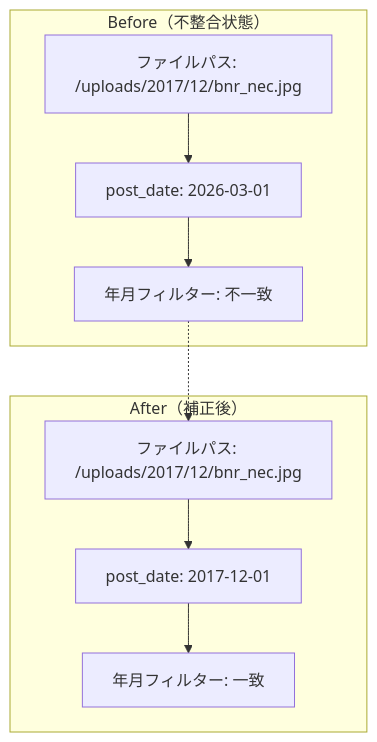
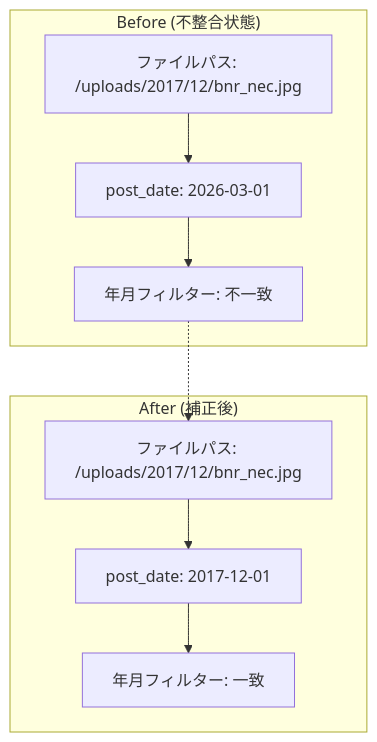
Before and after one commit to stein2nd/s2j-media-library-date-corrector: the first of 2 diagrams in docs/concept.md, drawn with Mermaid. The commit also changed other lines of this file, not shown here.

````diff
--- a/docs/concept.md
+++ b/docs/concept.md
@@ -78,19 +78,19 @@
 ```mermaid
 flowchart
 
-subgraph Before["Before（不整合状態）"]
+subgraph Before["Before (不整合状態)"]
   A1["ファイルパス: /uploads/2017/12/bnr_nec.jpg"]
   A2["post_date: 2026-03-01"]
   A3["年月フィルター: 不一致"]
   A1 --> A2 --> A3
 end
 
-subgraph After["After（補正後）"]
+subgraph After["After (補正後)"]
   B1["ファイルパス: /uploads/2017/12/bnr_nec.jpg"]
   B2["post_date: 2017-12-01"]
   B3["年月フィルター: 一致"]
   B1 --> B2 --> B3
 end
 
 A3 -.-> B1
 ```
````
